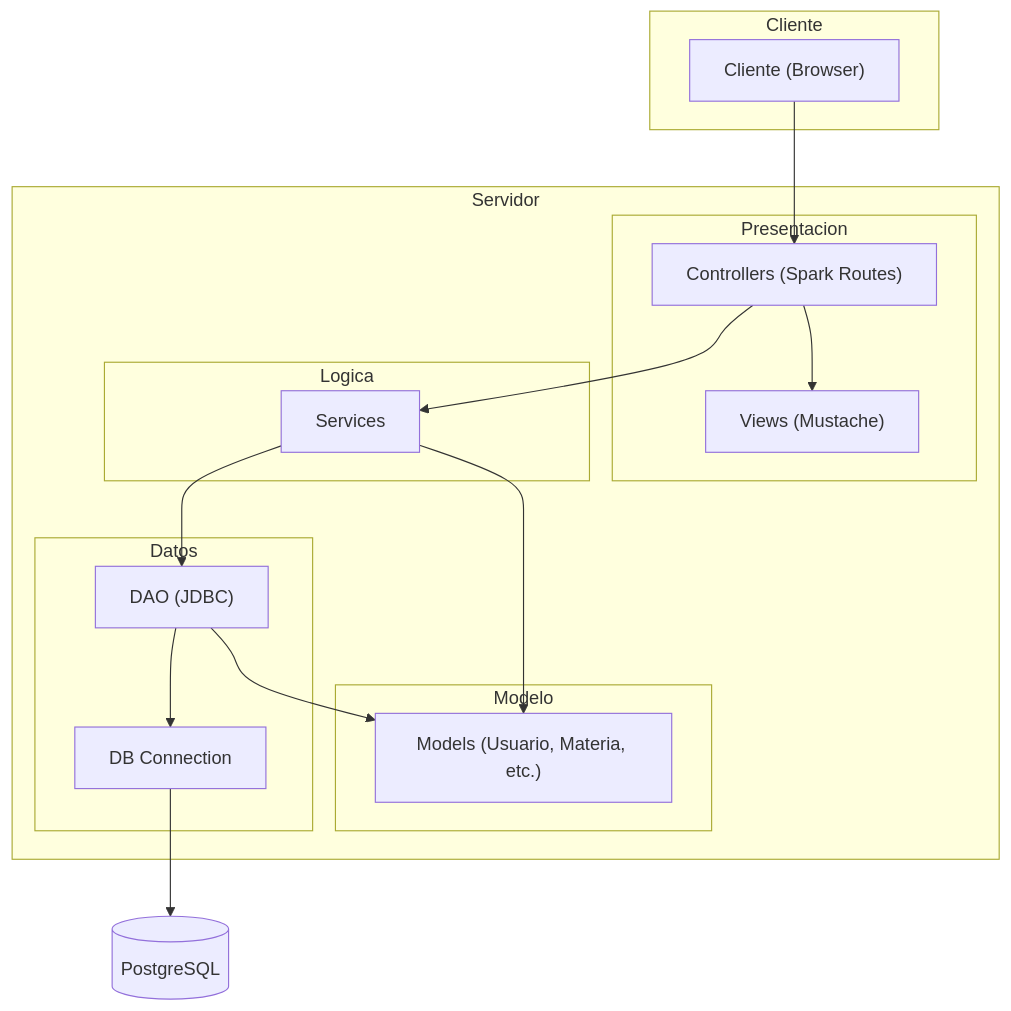
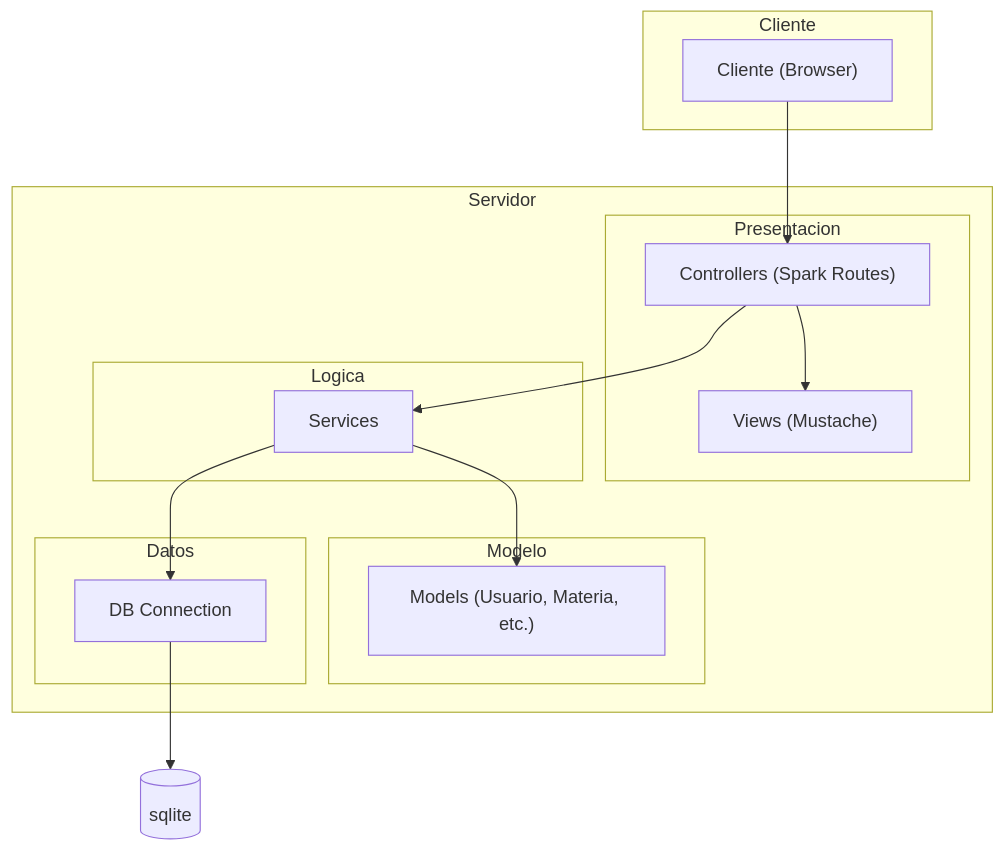
Before and after one commit to alejobonavia003/Proyecto-integrador-Ing-2026: the fourth of 4 diagrams in documentacion/diagramas/diagrama_clases.md, drawn with Mermaid. The commit also changed 14 other files, not shown here.

````diff
--- a/documentacion/diagramas/diagrama_clases.md
+++ b/documentacion/diagramas/diagrama_clases.md
@@ -840,41 +840,37 @@
 ``` mermaid
 flowchart TD
 
     subgraph Cliente
         Browser["Cliente (Browser)"]
     end
 
     subgraph Servidor
         subgraph Presentacion
             Controllers["Controllers (Spark Routes)"]
             Views["Views (Mustache)"]
         end
 
         subgraph Logica
             Services["Services"]
         end
 
         subgraph Modelo
             Models["Models (Usuario, Materia, etc.)"]
         end
 
         subgraph Datos
-            DAO["DAO (JDBC)"]
             DBConn["DB Connection"]
         end
     end
 
-    DB[(PostgreSQL)]
+    DB[(sqlite)]
 
     Browser --> Controllers
     Controllers --> Services
     Controllers --> Views
 
-    Services --> DAO
+    Services --> DBConn
     Services --> Models
-
-    DAO --> Models
-    DAO --> DBConn
 
     DBConn --> DB
 ```
````
